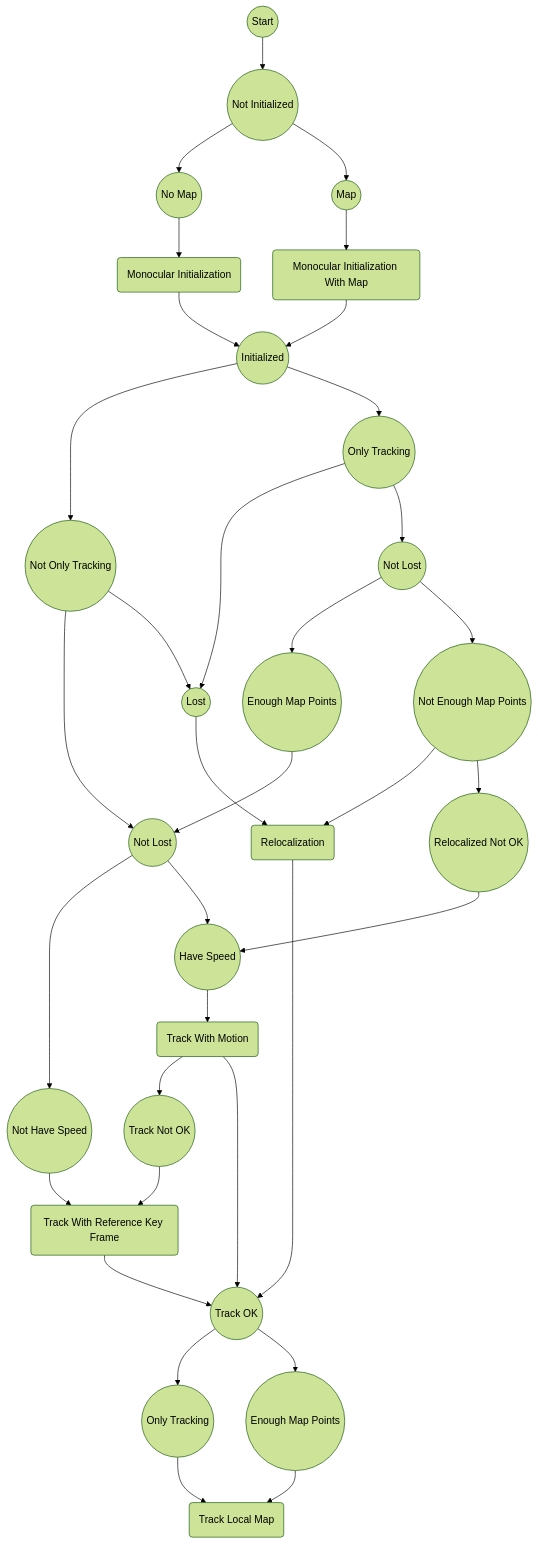
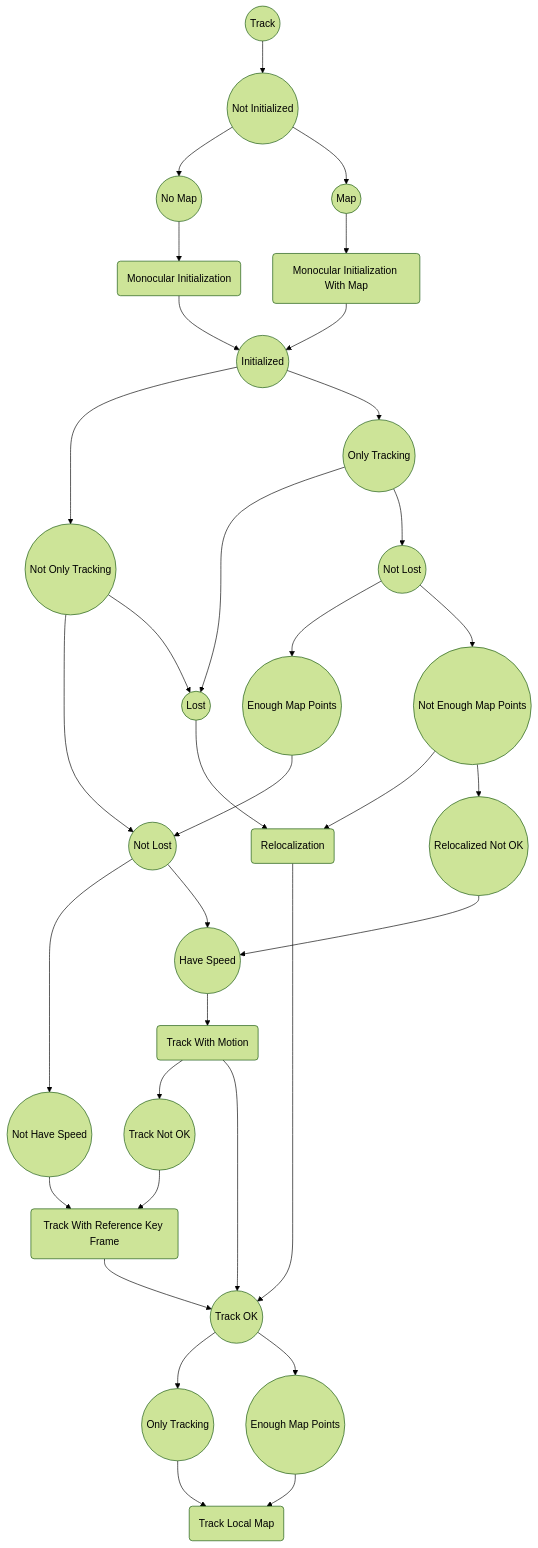
Before and after one commit to huang-yuefeng/3DComputerVision: the first of 9 diagrams in Track.md, drawn with Mermaid (forest theme). The commit also changed other lines of this file, not shown here.

````diff
--- a/Track.md
+++ b/Track.md
@@ -1,42 +1,42 @@
 ```mermaid
 			graph TD
 
-			Start((Start)) --> NotInit
+			Track((Track)) --> NotInit
 			MonoInit --> Init
 			MonoInitWithMap --> Init
 			NotInit((Not Initialized)) --> NoMap((No Map))
 			NoMap --> MonoInit(Monocular Initialization)
 			NotInit --> Map
 			Map((Map)) --> MonoInitWithMap(Monocular Initialization With Map)
 			Init --> NotOnlyTrack((Not Only Tracking))
 			Init((Initialized)) --> OnlyTrack
 			OnlyTrack((Only Tracking)) --> Lost
 			OnlyTrack --> NotLostOT((Not Lost))
 			Lost((Lost)) --> Relo(Relocalization)
 			NotOnlyTrack --> NotLost((Not Lost))
 			NotOnlyTrack --> Lost
 			NotLost --> NotHaveSpeed((Not Have Speed))
 			NotLost --> HaveSpeed((Have Speed))
 			HaveSpeed --> TrackWithMotion(Track With Motion)
 			
 			NotLostOT --> EnoughMapPoint((Enough Map Points))
 			EnoughMapPoint --> NotLost
 			NotLostOT --> NotEnoughMapPoint((Not Enough Map Points))
 			NotEnoughMapPoint --> Relo	
 			NotEnoughMapPoint --> ReloNotOK((Relocalized Not OK))
 			ReloNotOK --> HaveSpeed		
 			
 			
 			TrackWithMotion --> NotOK((Track Not OK))
 			TrackWithMotion --> OK((Track OK))
 			NotOK --> TrackWithReferenceKeyFrame(Track With Reference Key Frame)
 			NotHaveSpeed --> TrackWithReferenceKeyFrame
 			TrackWithReferenceKeyFrame --> OK
 			Relo --> OK
 			
 
 			OK --> OTrack((Only Tracking))
 			OTrack --> TrackLocalMap(Track Local Map)
 			OK --> EMapPoint((Enough Map Points))
 			EMapPoint --> TrackLocalMap
 ```
````
